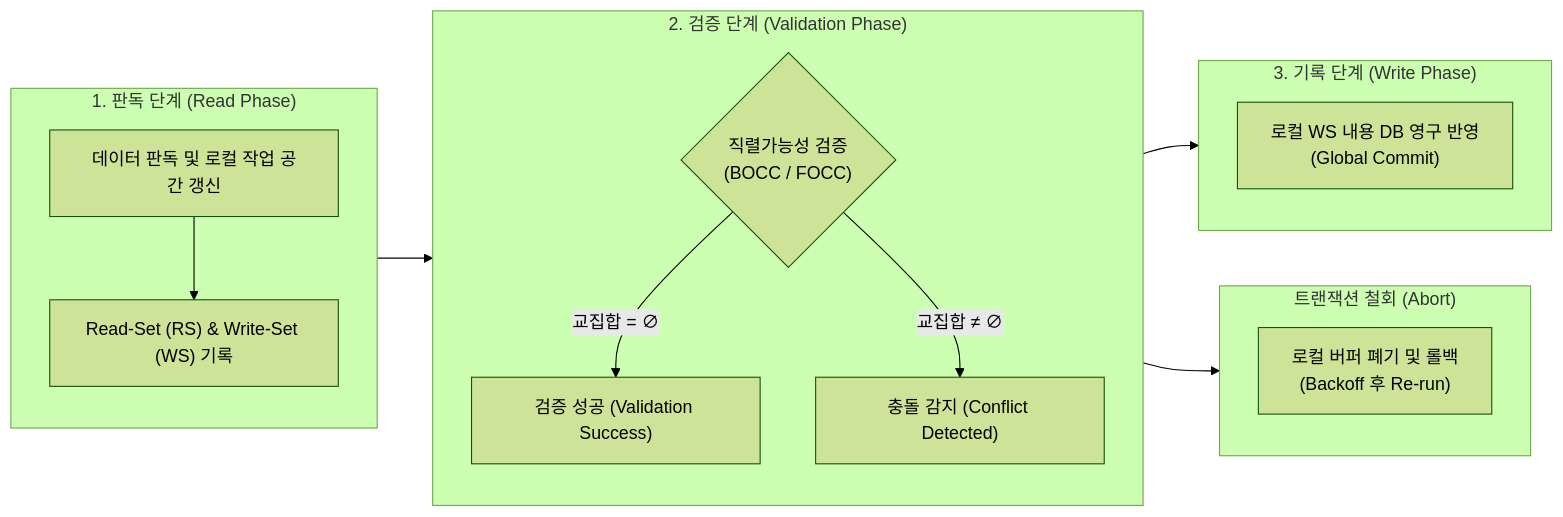
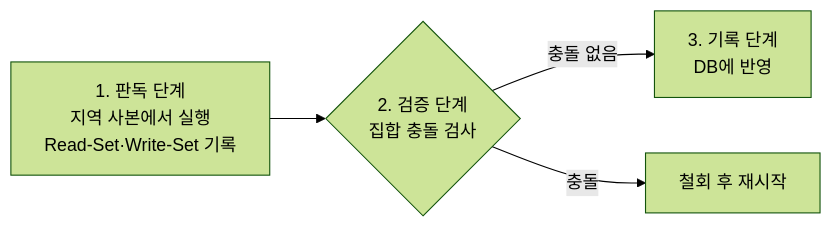
One commit to supremethumb/supremethumb.github.io changed the diagram in content/01_IT Tech/낙관적 검증 기법.md. Above: the diagram before and after it, drawn with Mermaid (forest theme). The commit also changed other lines of this file and 1087 other files, not shown here.

````diff
--- a/content/01_IT Tech/낙관적 검증 기법.md
+++ b/content/01_IT Tech/낙관적 검증 기법.md
@@ -27,33 +36,6 @@
 ```mermaid
 flowchart LR
-    subgraph Phase1["1. 판독 단계 (Read Phase)"]
-        direction TB
-        R1["데이터 판독 및 로컬 작업 공간 갱신"]
-        R2["Read-Set (RS) & Write-Set (WS) 기록"]
-        R1 --> R2
-    end
-
-    subgraph Phase2["2. 검증 단계 (Validation Phase)"]
-        direction TB
-        V_COND{"직렬가능성 검증<br/>(BOCC / FOCC)"}
-        V_PASS["검증 성공 (Validation Success)"]
-        V_FAIL["충돌 감지 (Conflict Detected)"]
-        V_COND -- "교집합 = ∅" --> V_PASS
-        V_COND -- "교집합 ≠ ∅" --> V_FAIL
-    end
-
-    subgraph Phase3["3. 기록 단계 (Write Phase)"]
-        direction TB
-        W1["로컬 WS 내용 DB 영구 반영<br/>(Global Commit)"]
-    end
-
-    subgraph AbortPhase["트랜잭션 철회 (Abort)"]
-        direction TB
-        A1["로컬 버퍼 폐기 및 롤백<br/>(Backoff 후 Re-run)"]
-    end
-
-    Phase1 --> Phase2
-    V_PASS --> Phase3
-    V_FAIL --> AbortPhase
-
+    R["1. 판독 단계<br/>지역 사본에서 실행<br/>Read-Set·Write-Set 기록"] --> V{"2. 검증 단계<br/>집합 충돌 검사"}
+    V -->|"충돌 없음"| W["3. 기록 단계<br/>DB에 반영"]
+    V -->|"충돌"| A["철회 후 재시작"]
 ```
````
